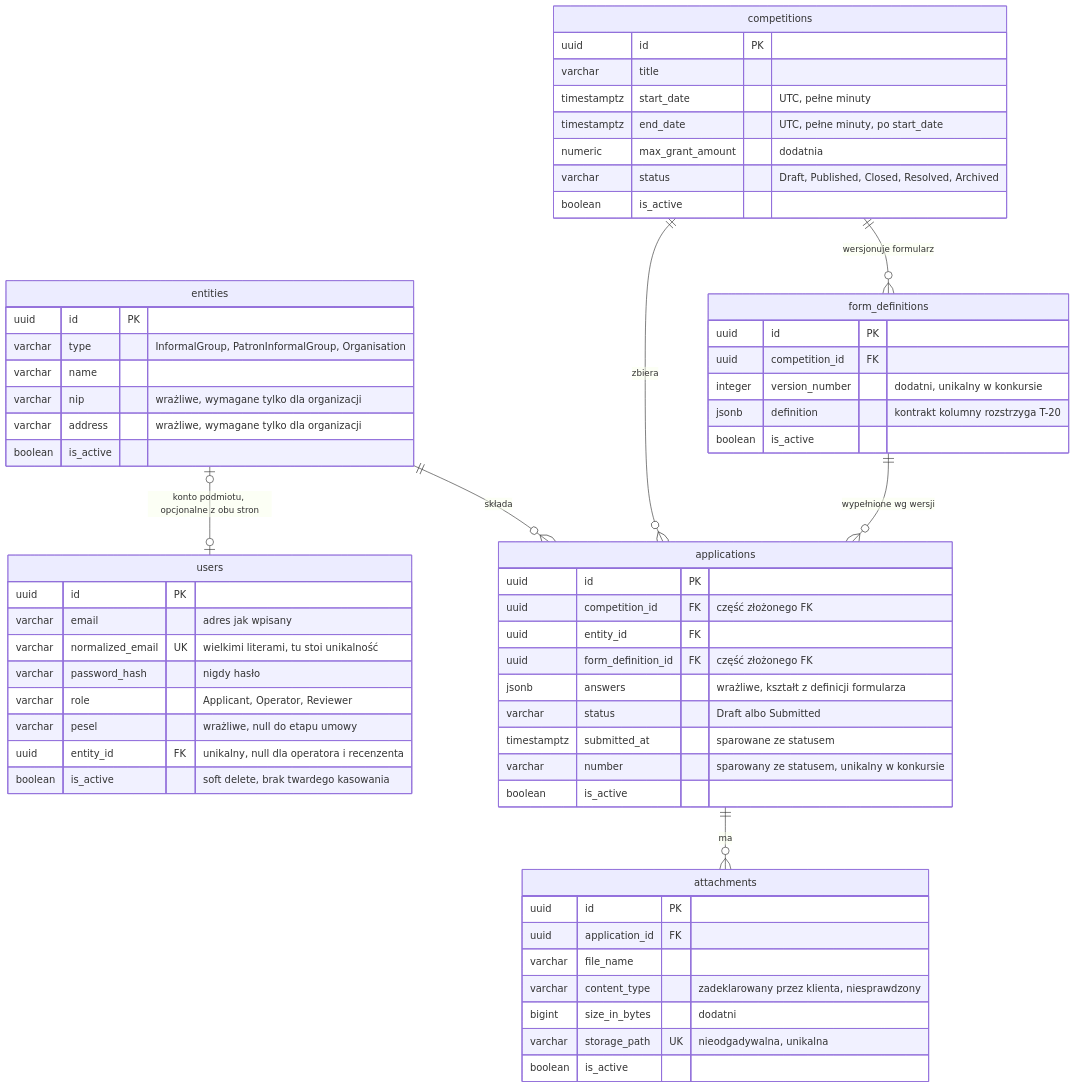
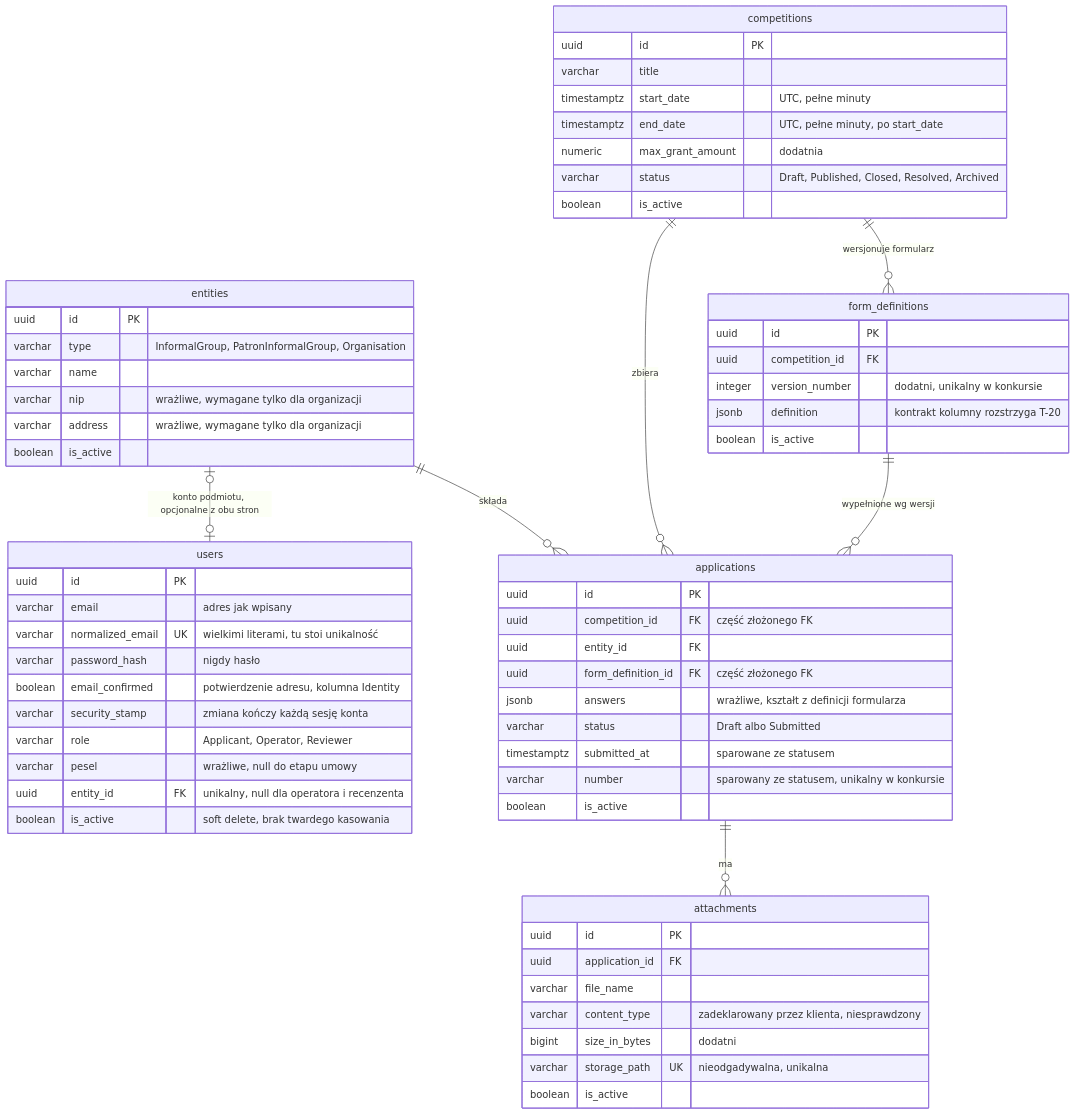
One commit to ootLabs/OCWIP-grant-competitions changed the first of 2 diagrams in docs/model-danych.md. Above: the diagram before and after it, drawn with Mermaid. The commit also changed other lines of this file and 17 other files, not shown here.

````diff
--- a/docs/model-danych.md
+++ b/docs/model-danych.md
@@ -11,69 +11,71 @@
 ```mermaid
 erDiagram
     entities |o--o| users : "konto podmiotu, opcjonalne z obu stron"
     entities ||--o{ applications : "składa"
     competitions ||--o{ form_definitions : "wersjonuje formularz"
     competitions ||--o{ applications : "zbiera"
     form_definitions ||--o{ applications : "wypełnione wg wersji"
     applications ||--o{ attachments : "ma"
 
     users {
         uuid id PK
         varchar email "adres jak wpisany"
         varchar normalized_email UK "wielkimi literami, tu stoi unikalność"
         varchar password_hash "nigdy hasło"
+        boolean email_confirmed "potwierdzenie adresu, kolumna Identity"
+        varchar security_stamp "zmiana kończy każdą sesję konta"
         varchar role "Applicant, Operator, Reviewer"
         varchar pesel "wrażliwe, null do etapu umowy"
         uuid entity_id FK "unikalny, null dla operatora i recenzenta"
         boolean is_active "soft delete, brak twardego kasowania"
     }
 
     entities {
         uuid id PK
         varchar type "InformalGroup, PatronInformalGroup, Organisation"
         varchar name
         varchar nip "wrażliwe, wymagane tylko dla organizacji"
         varchar address "wrażliwe, wymagane tylko dla organizacji"
         boolean is_active
     }
 
     competitions {
         uuid id PK
         varchar title
         timestamptz start_date "UTC, pełne minuty"
         timestamptz end_date "UTC, pełne minuty, po start_date"
         numeric max_grant_amount "dodatnia"
         varchar status "Draft, Published, Closed, Resolved, Archived"
         boolean is_active
     }
 
     form_definitions {
         uuid id PK
         uuid competition_id FK
         integer version_number "dodatni, unikalny w konkursie"
         jsonb definition "kontrakt kolumny rozstrzyga T-20"
         boolean is_active
     }
 
     applications {
         uuid id PK
         uuid competition_id FK "część złożonego FK"
         uuid entity_id FK
         uuid form_definition_id FK "część złożonego FK"
         jsonb answers "wrażliwe, kształt z definicji formularza"
         varchar status "Draft albo Submitted"
         timestamptz submitted_at "sparowane ze statusem"
         varchar number "sparowany ze statusem, unikalny w konkursie"
         boolean is_active
     }
 
     attachments {
         uuid id PK
         uuid application_id FK
         varchar file_name
         varchar content_type "zadeklarowany przez klienta, niesprawdzony"
         bigint size_in_bytes "dodatni"
         varchar storage_path UK "nieodgadywalna, unikalna"
         boolean is_active
     }
 ```
````
